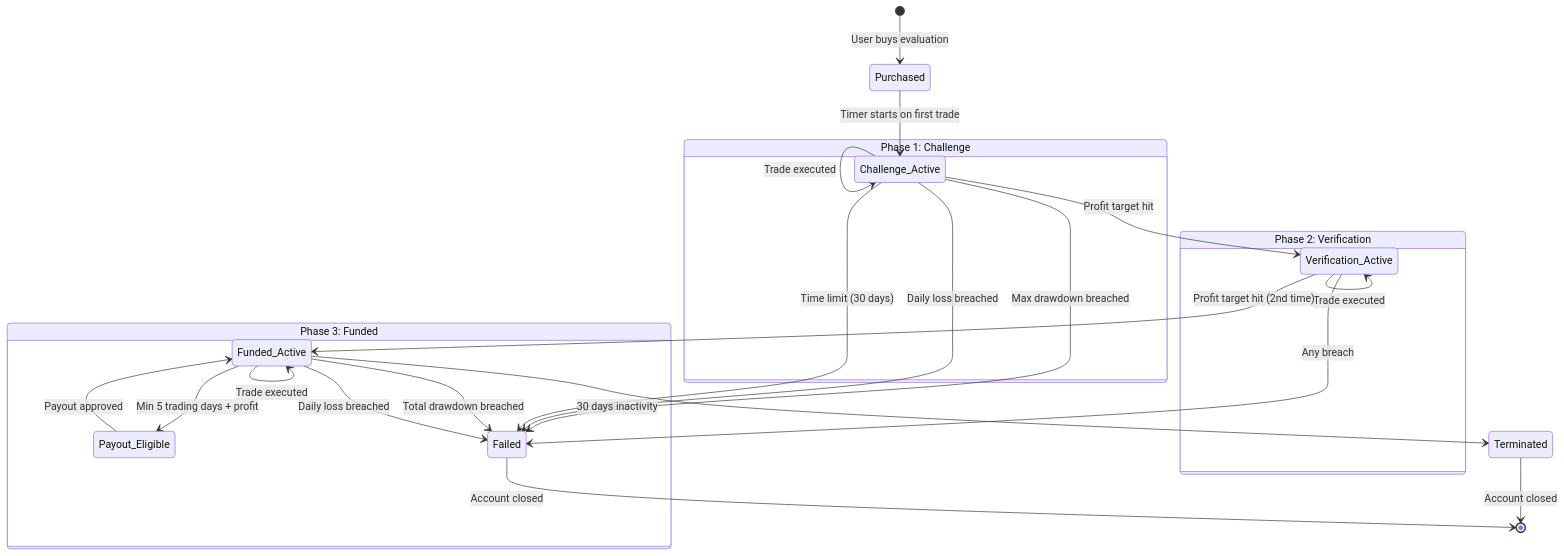
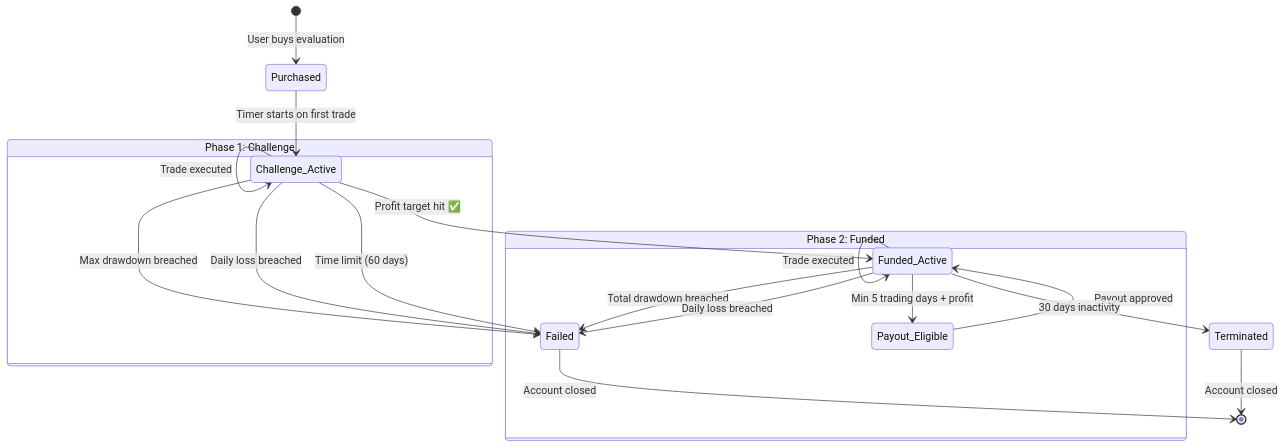
Before and after one commit to lmmagyar-ops/prop-firm: the first of 6 diagrams in docs/STATE_MACHINES.md, drawn with Mermaid. The commit also changed other lines of this file and 38 other files, not shown here.

Commit message:
fix: audit fixes — 1-step phase model, negative balance guard, breach handling, position cleanup, daily drawdown alignment, direction column

````diff
--- a/docs/STATE_MACHINES.md
+++ b/docs/STATE_MACHINES.md
@@ -14,33 +14,27 @@
 ```mermaid
 stateDiagram-v2
     [*] --> Purchased: User buys evaluation
 
     Purchased --> Challenge_Active: Timer starts on first trade
 
     state "Phase 1: Challenge" as Challenge_Phase {
         Challenge_Active --> Challenge_Active: Trade executed
         Challenge_Active --> Failed: Max drawdown breached
         Challenge_Active --> Failed: Daily loss breached
-        Challenge_Active --> Failed: Time limit (30 days)
-        Challenge_Active --> Verification_Active: Profit target hit
+        Challenge_Active --> Failed: Time limit (60 days)
+        Challenge_Active --> Funded_Active: Profit target hit ✅
     }
 
-    state "Phase 2: Verification" as Verification_Phase {
-        Verification_Active --> Verification_Active: Trade executed
-        Verification_Active --> Failed: Any breach
-        Verification_Active --> Funded_Active: Profit target hit (2nd time)
-    }
-
-    state "Phase 3: Funded" as Funded_Phase {
+    state "Phase 2: Funded" as Funded_Phase {
         Funded_Active --> Funded_Active: Trade executed
         Funded_Active --> Failed: Total drawdown breached
         Funded_Active --> Failed: Daily loss breached
         Funded_Active --> Payout_Eligible: Min 5 trading days + profit
     }
 
     Payout_Eligible --> Funded_Active: Payout approved
     Funded_Active --> Terminated: 30 days inactivity
 
     Failed --> [*]: Account closed
     Terminated --> [*]: Account closed
 ```
````
